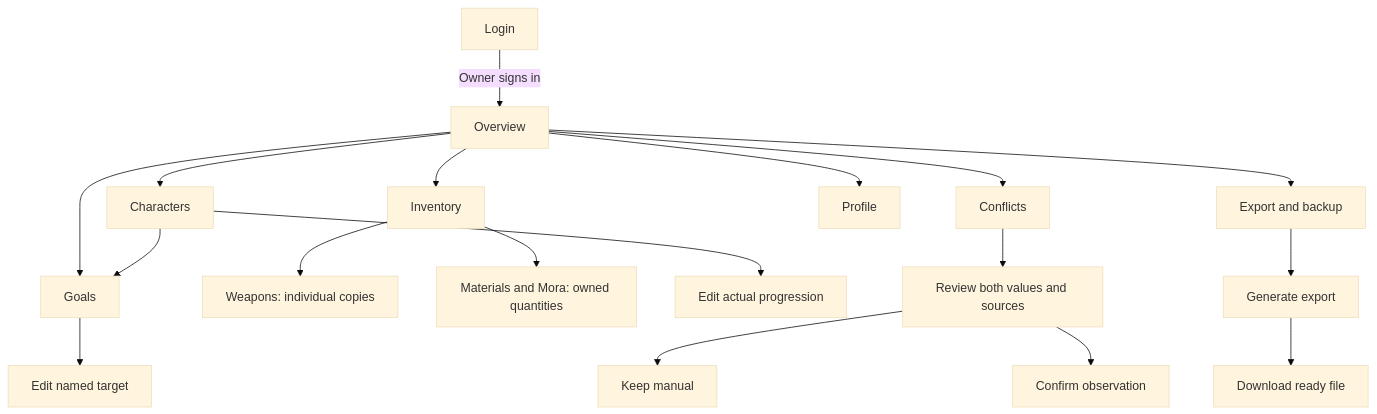
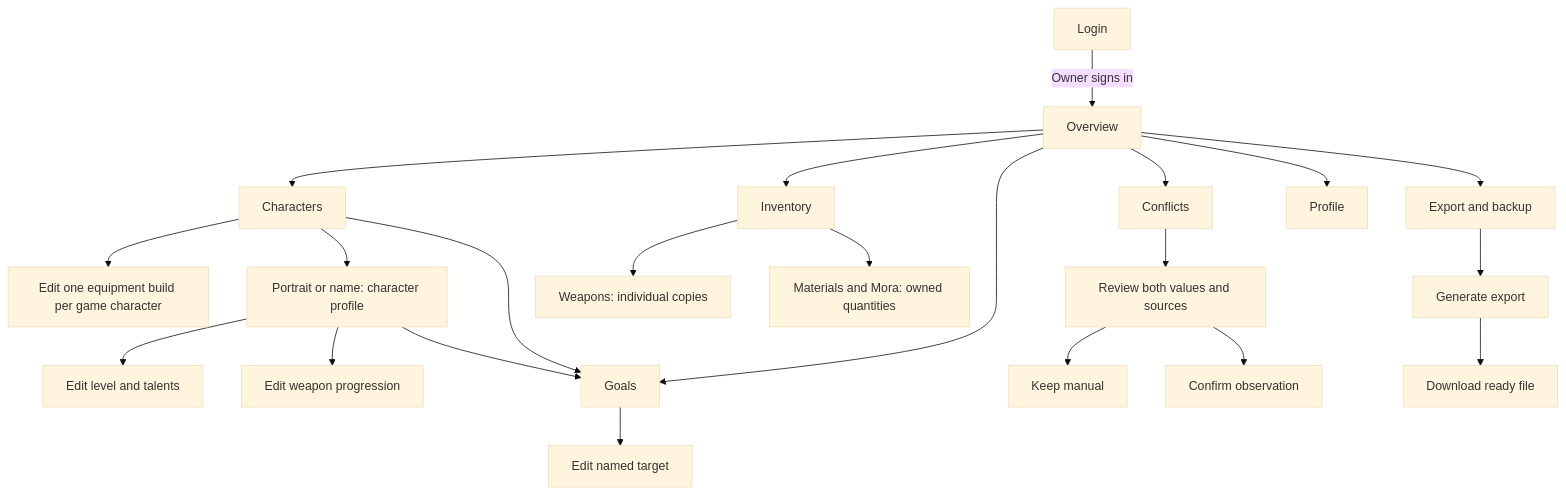
The first of 2 diagrams in docs/ux-flows.md (nerometa/ilimmu), drawn with Mermaid (base theme) before and after one commit. The commit also changed other lines of this file and 49 other files, not shown here.

````diff
--- a/docs/ux-flows.md
+++ b/docs/ux-flows.md
@@ -13,20 +13,24 @@
 ```mermaid
 flowchart TD
   Login[Login] -->|Owner signs in| Overview[Overview]
   Overview --> Characters[Characters]
   Overview --> Inventory[Inventory]
   Overview --> Goals[Goals]
   Overview --> Conflicts[Conflicts]
   Overview --> Profile[Profile]
   Overview --> Export[Export and backup]
   Inventory --> Weapons[Weapons: individual copies]
   Inventory --> Materials[Materials and Mora: owned quantities]
-  Characters --> Actual[Edit actual progression]
+  Characters --> Build[Edit one equipment build per game character]
+  Characters --> Detail[Portrait or name: character profile]
+  Detail --> Actual[Edit level and talents]
+  Detail --> Weapon[Edit weapon progression]
+  Detail --> Goals
   Characters --> Goals
   Goals --> Target[Edit named target]
   Conflicts --> Compare[Review both values and sources]
   Compare --> Keep[Keep manual]
   Compare --> Accept[Confirm observation]
   Export --> Generate[Generate export]
   Generate --> Download[Download ready file]
 ```
````
